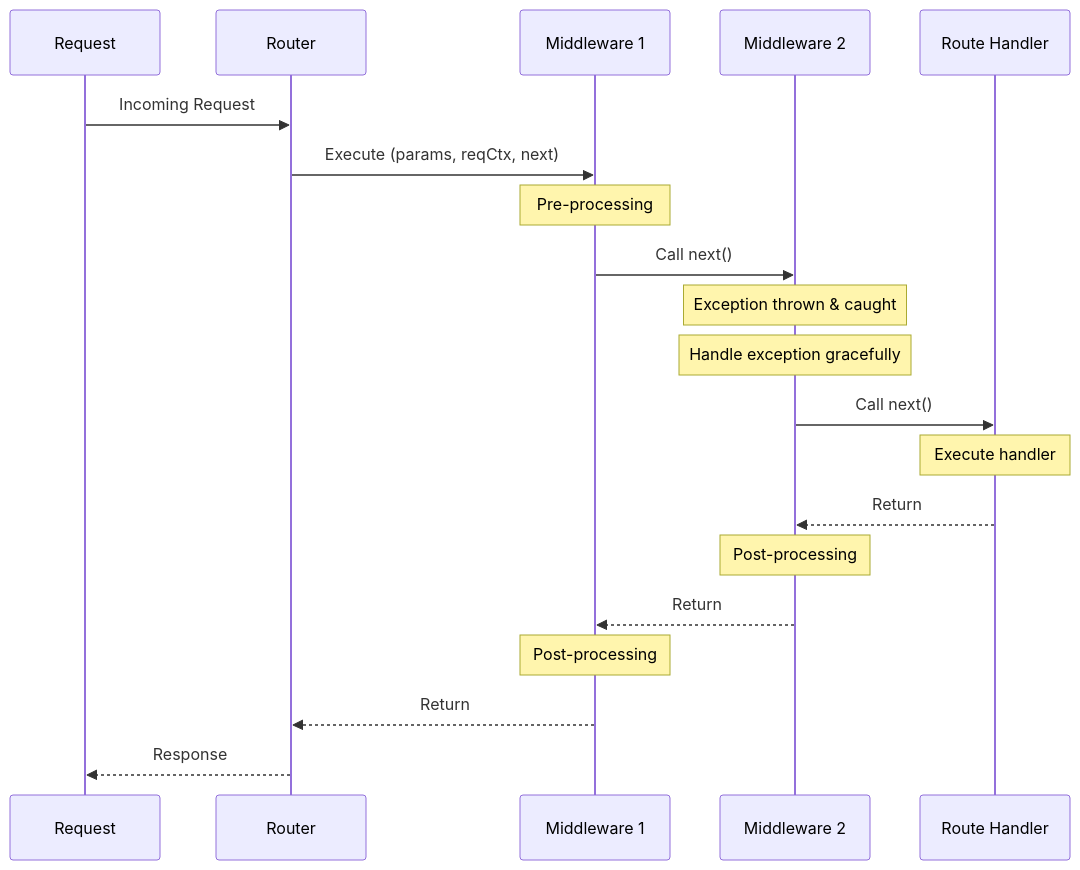
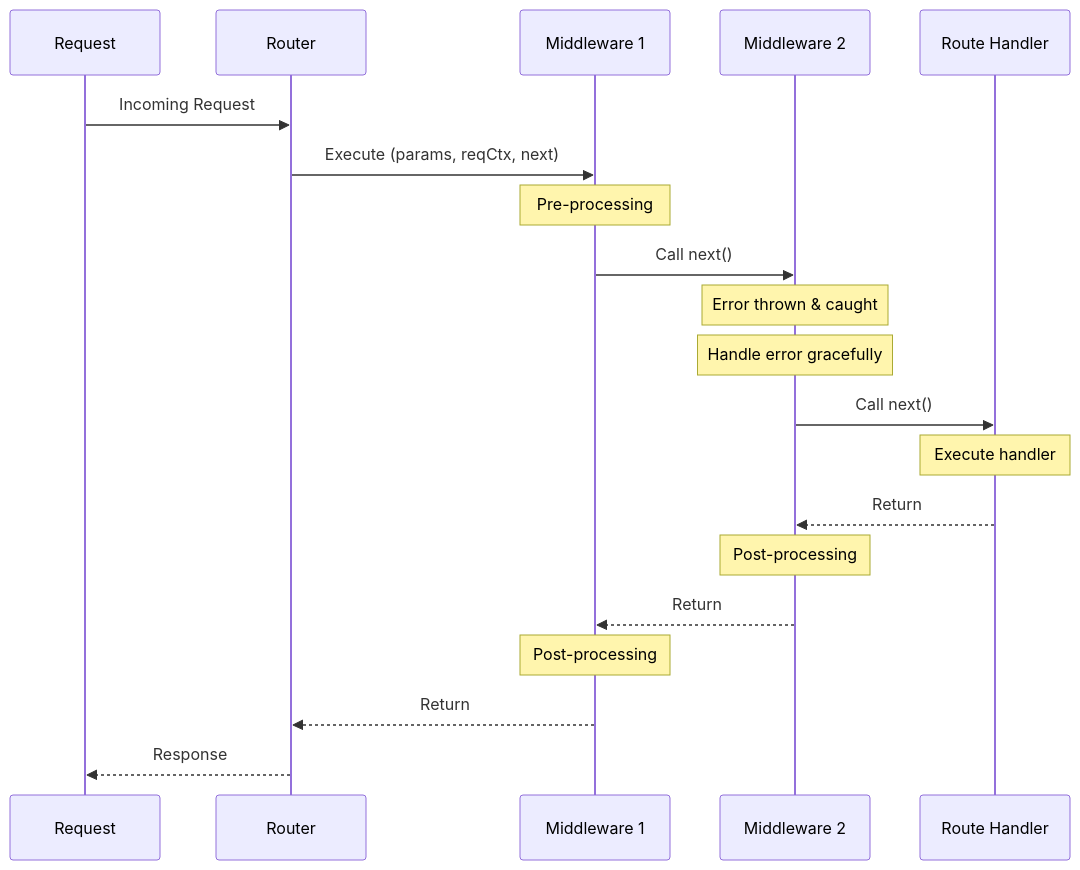
One commit to aws-powertools/powertools-lambda-typescript changed the fourth of 5 diagrams in docs/features/event-handler/rest.md. Above: the diagram before and after it, drawn with Mermaid. The commit also changed other lines of this file, not shown here.

Commit message:
remove global and route specific middleware sections and re-order some text in error handling section

````diff
--- a/docs/features/event-handler/rest.md
+++ b/docs/features/event-handler/rest.md
@@ -340,24 +302,24 @@
 ```mermaid
 sequenceDiagram
     participant Request
     participant Router
     participant M1 as Middleware 1
     participant M2 as Middleware 2
     participant Handler as Route Handler
 
     Request->>Router: Incoming Request
     Router->>M1: Execute (params, reqCtx, next)
     Note over M1: Pre-processing
     M1->>M2: Call next()
-    Note over M2: Exception thrown & caught
-    Note over M2: Handle exception gracefully
+    Note over M2: Error thrown & caught
+    Note over M2: Handle error gracefully
     M2->>Handler: Call next()
     Note over Handler: Execute handler
     Handler-->>M2: Return
     Note over M2: Post-processing
     M2-->>M1: Return
     Note over M1: Post-processing
     M1-->>Router: Return
     Router-->>Request: Response
 
 ```
````
